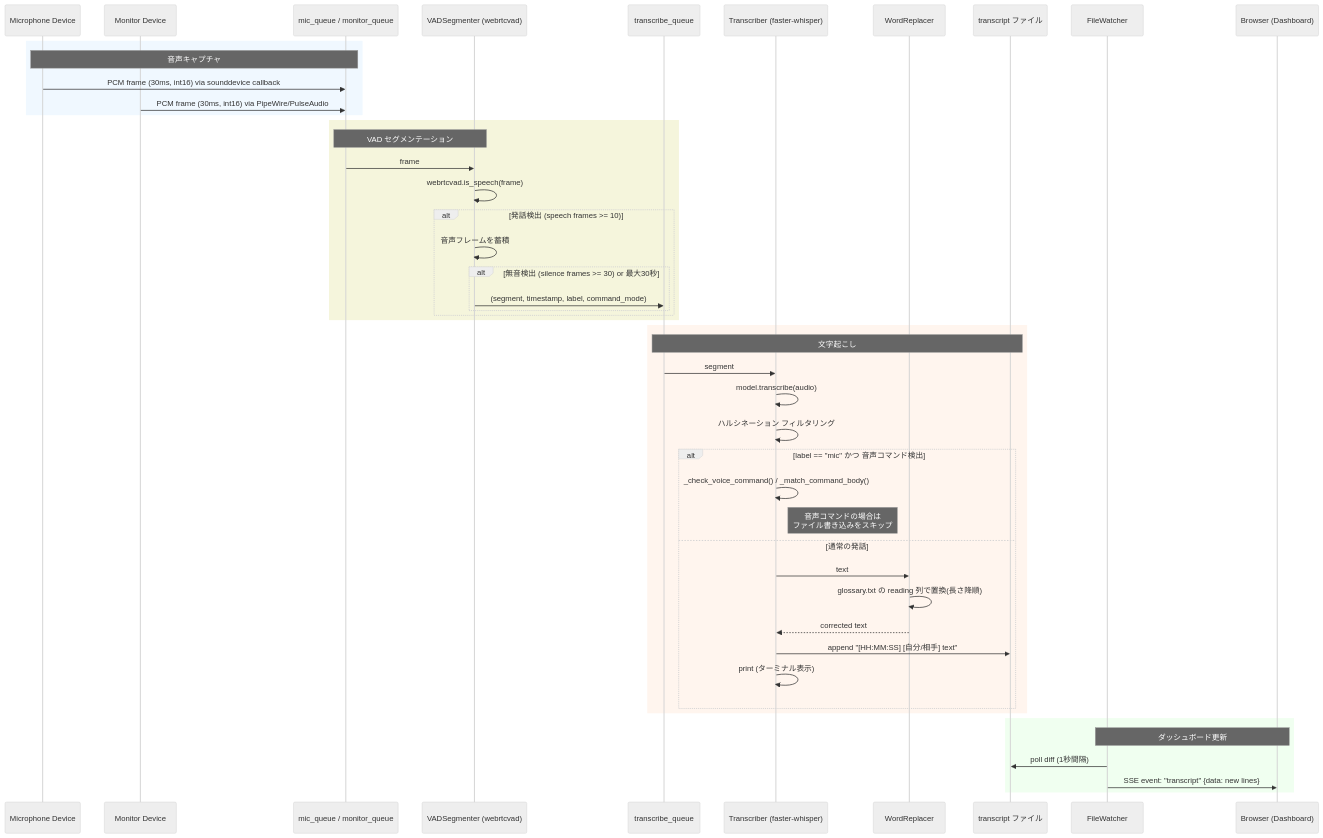
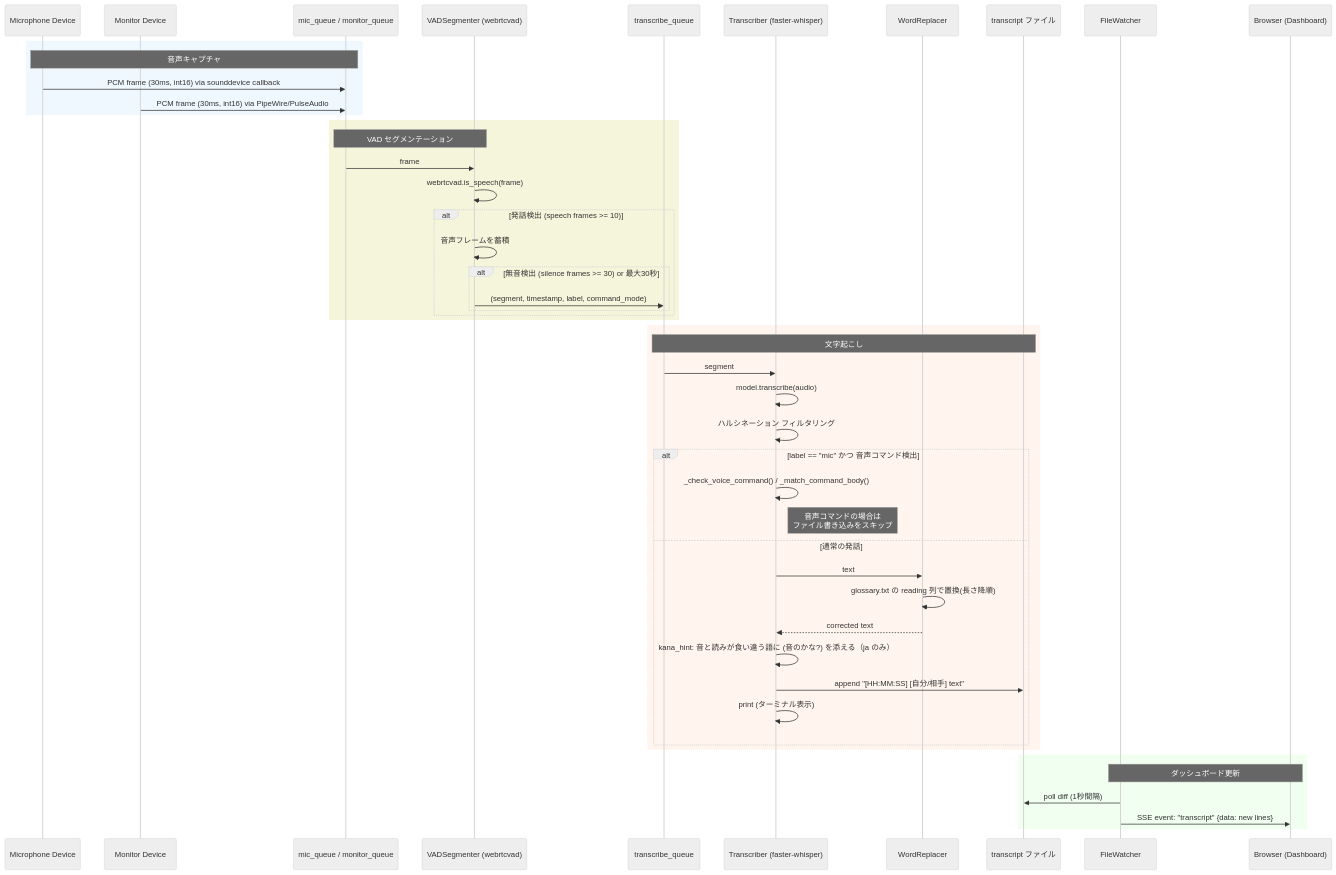
One commit to edocode/shadow-clerk changed the fourth of 10 diagrams in SPEC.md. Above: the diagram before and after it, drawn with Mermaid (neutral theme). The commit also changed other lines of this file and 19 other files, not shown here.

First line of the commit message:
feat(kana-hint): mark Japanese words whose reading disagrees with the audio

````diff
--- a/SPEC.md
+++ b/SPEC.md
@@ -306,54 +307,55 @@
 ```mermaid
 sequenceDiagram
     participant Mic as Microphone Device
     participant Mon as Monitor Device
     participant Q as mic_queue / monitor_queue
     participant VAD as VADSegmenter (webrtcvad)
     participant TQ as transcribe_queue
     participant Whisper as Transcriber (faster-whisper)
     participant WR as WordReplacer
     participant File as transcript ファイル
     participant FW as FileWatcher
     participant Browser as Browser (Dashboard)
 
     rect rgb(240, 248, 255)
         Note over Mic, Q: 音声キャプチャ
         Mic->>Q: PCM frame (30ms, int16) via sounddevice callback
         Mon->>Q: PCM frame (30ms, int16) via PipeWire/PulseAudio
     end
 
     rect rgb(245, 245, 220)
         Note over Q, VAD: VAD セグメンテーション
         Q->>VAD: frame
         VAD->>VAD: webrtcvad.is_speech(frame)
         alt 発話検出 (speech frames >= 10)
             VAD->>VAD: 音声フレームを蓄積
             alt 無音検出 (silence frames >= 30) or 最大30秒
                 VAD->>TQ: (segment, timestamp, label, command_mode)
             end
         end
     end
 
     rect rgb(255, 245, 238)
         Note over TQ, File: 文字起こし
         TQ->>Whisper: segment
         Whisper->>Whisper: model.transcribe(audio)
         Whisper->>Whisper: ハルシネーション フィルタリング
         alt label == "mic" かつ 音声コマンド検出
             Whisper->>Whisper: _check_voice_command() / _match_command_body()
             Note right of Whisper: 音声コマンドの場合は<br/>ファイル書き込みをスキップ
         else 通常の発話
             Whisper->>WR: text
             WR->>WR: glossary.txt の reading 列で置換(長さ降順)
             WR-->>Whisper: corrected text
+            Whisper->>Whisper: kana_hint: 音と読みが食い違う語に (音のかな?) を添える（ja のみ）
             Whisper->>File: append "[HH:MM:SS] [自分/相手] text"
             Whisper->>Whisper: print (ターミナル表示)
         end
     end
 
     rect rgb(240, 255, 240)
         Note over FW, Browser: ダッシュボード更新
         FW->>File: poll diff (1秒間隔)
         FW->>Browser: SSE event: "transcript" {data: new lines}
     end
 ```
````
